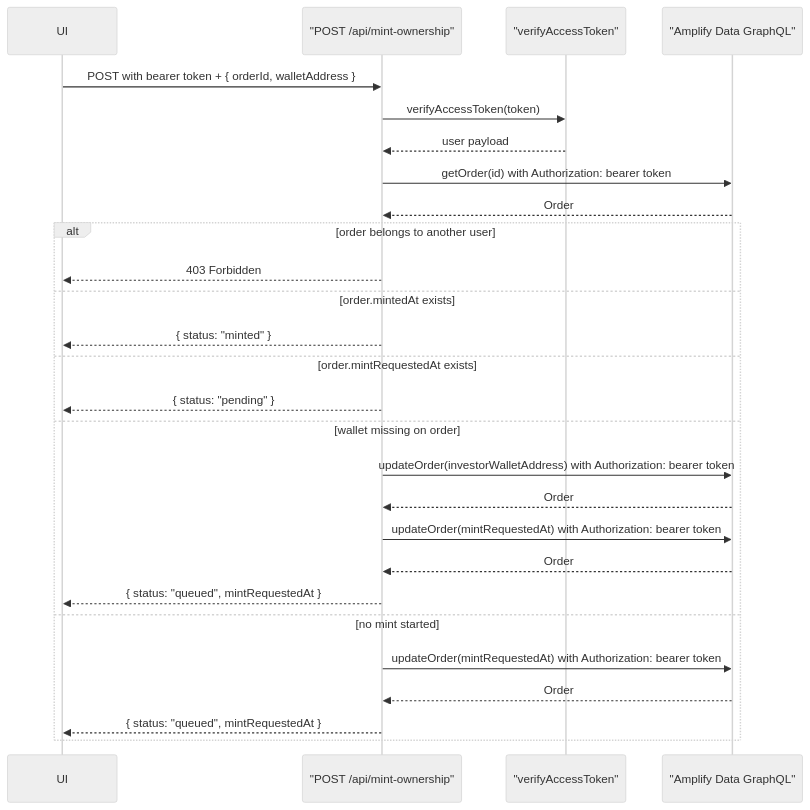
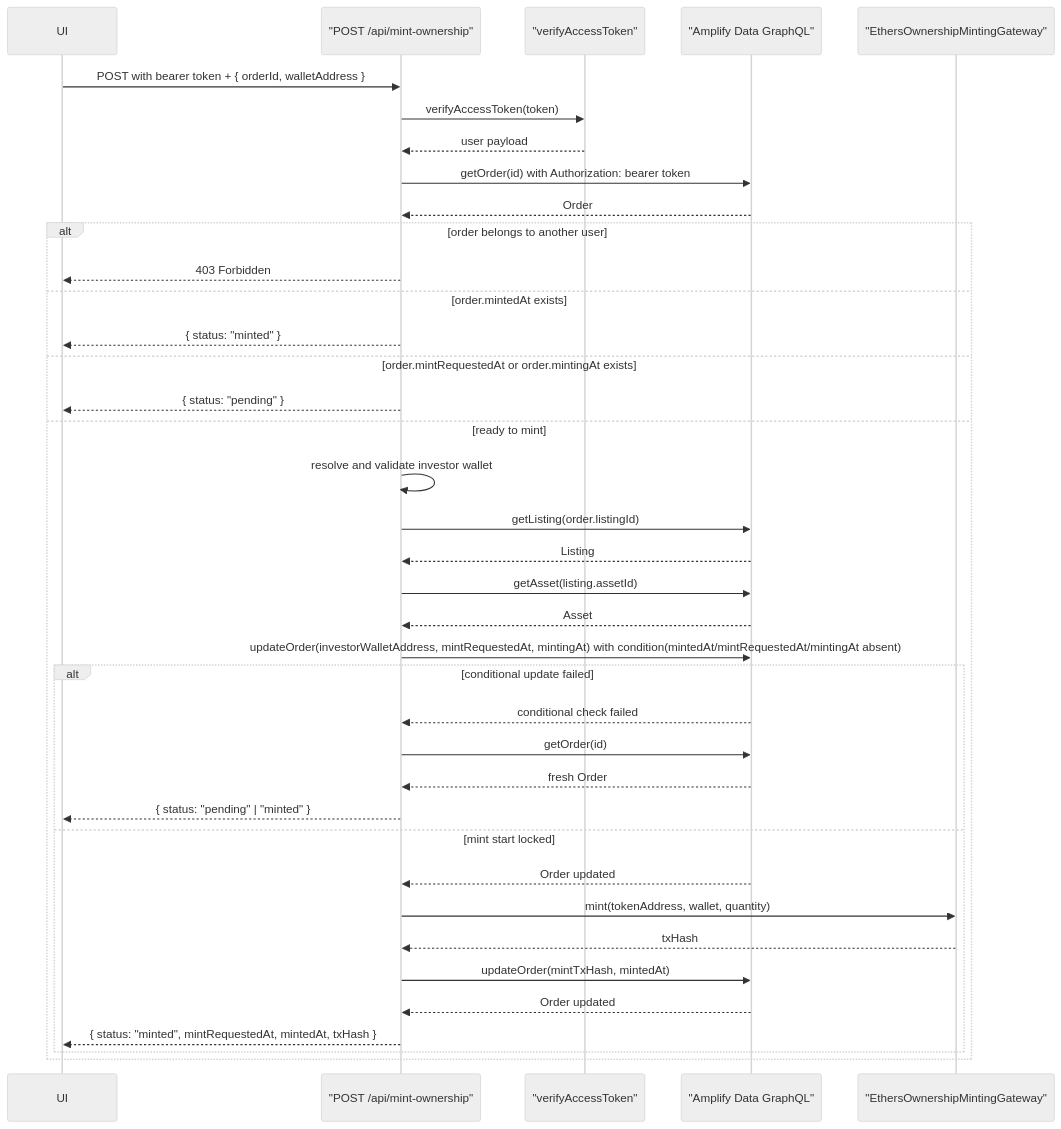
Diagram 12 of 31 in specs/13 - use cases sequence.md (j4nos/cz), drawn with Mermaid (neutral theme) before and after one commit. The commit also changed other lines of this file and 5 other files, not shown here.

Commit message:
fix(flows): restore public listing reads and simplify checkout and minting

````diff
--- a/specs/13 - use cases sequence.md
+++ b/specs/13 - use cases sequence.md
@@ -303,30 +286,41 @@
 ```mermaid
 sequenceDiagram
   participant UI
   participant MintOwnershipAPI as "POST /api/mint-ownership"
   participant VerifyToken as "verifyAccessToken"
   participant AppSyncGraphQL as "Amplify Data GraphQL"
+  participant MintGateway as "EthersOwnershipMintingGateway"
 
   UI->>MintOwnershipAPI: POST with bearer token + { orderId, walletAddress }
   MintOwnershipAPI->>VerifyToken: verifyAccessToken(token)
   VerifyToken-->>MintOwnershipAPI: user payload
   MintOwnershipAPI->>AppSyncGraphQL: getOrder(id) with Authorization: bearer token
   AppSyncGraphQL-->>MintOwnershipAPI: Order
   alt order belongs to another user
     MintOwnershipAPI-->>UI: 403 Forbidden
   else order.mintedAt exists
     MintOwnershipAPI-->>UI: { status: "minted" }
-  else order.mintRequestedAt exists
+  else order.mintRequestedAt or order.mintingAt exists
     MintOwnershipAPI-->>UI: { status: "pending" }
-  else wallet missing on order
-    MintOwnershipAPI->>AppSyncGraphQL: updateOrder(investorWalletAddress) with Authorization: bearer token
-    AppSyncGraphQL-->>MintOwnershipAPI: Order
-    MintOwnershipAPI->>AppSyncGraphQL: updateOrder(mintRequestedAt) with Authorization: bearer token
-    AppSyncGraphQL-->>MintOwnershipAPI: Order
-    MintOwnershipAPI-->>UI: { status: "queued", mintRequestedAt }
-  else no mint started
-    MintOwnershipAPI->>AppSyncGraphQL: updateOrder(mintRequestedAt) with Authorization: bearer token
-    AppSyncGraphQL-->>MintOwnershipAPI: Order
-    MintOwnershipAPI-->>UI: { status: "queued", mintRequestedAt }
+  else ready to mint
+    MintOwnershipAPI->>MintOwnershipAPI: resolve and validate investor wallet
+    MintOwnershipAPI->>AppSyncGraphQL: getListing(order.listingId)
+    AppSyncGraphQL-->>MintOwnershipAPI: Listing
+    MintOwnershipAPI->>AppSyncGraphQL: getAsset(listing.assetId)
+    AppSyncGraphQL-->>MintOwnershipAPI: Asset
+    MintOwnershipAPI->>AppSyncGraphQL: updateOrder(investorWalletAddress, mintRequestedAt, mintingAt) with condition(mintedAt/mintRequestedAt/mintingAt absent)
+    alt conditional update failed
+      AppSyncGraphQL-->>MintOwnershipAPI: conditional check failed
+      MintOwnershipAPI->>AppSyncGraphQL: getOrder(id)
+      AppSyncGraphQL-->>MintOwnershipAPI: fresh Order
+      MintOwnershipAPI-->>UI: { status: "pending" | "minted" }
+    else mint start locked
+      AppSyncGraphQL-->>MintOwnershipAPI: Order updated
+      MintOwnershipAPI->>MintGateway: mint(tokenAddress, wallet, quantity)
+      MintGateway-->>MintOwnershipAPI: txHash
+      MintOwnershipAPI->>AppSyncGraphQL: updateOrder(mintTxHash, mintedAt)
+      AppSyncGraphQL-->>MintOwnershipAPI: Order updated
+      MintOwnershipAPI-->>UI: { status: "minted", mintRequestedAt, mintedAt, txHash }
+    end
   end
 ```
````
